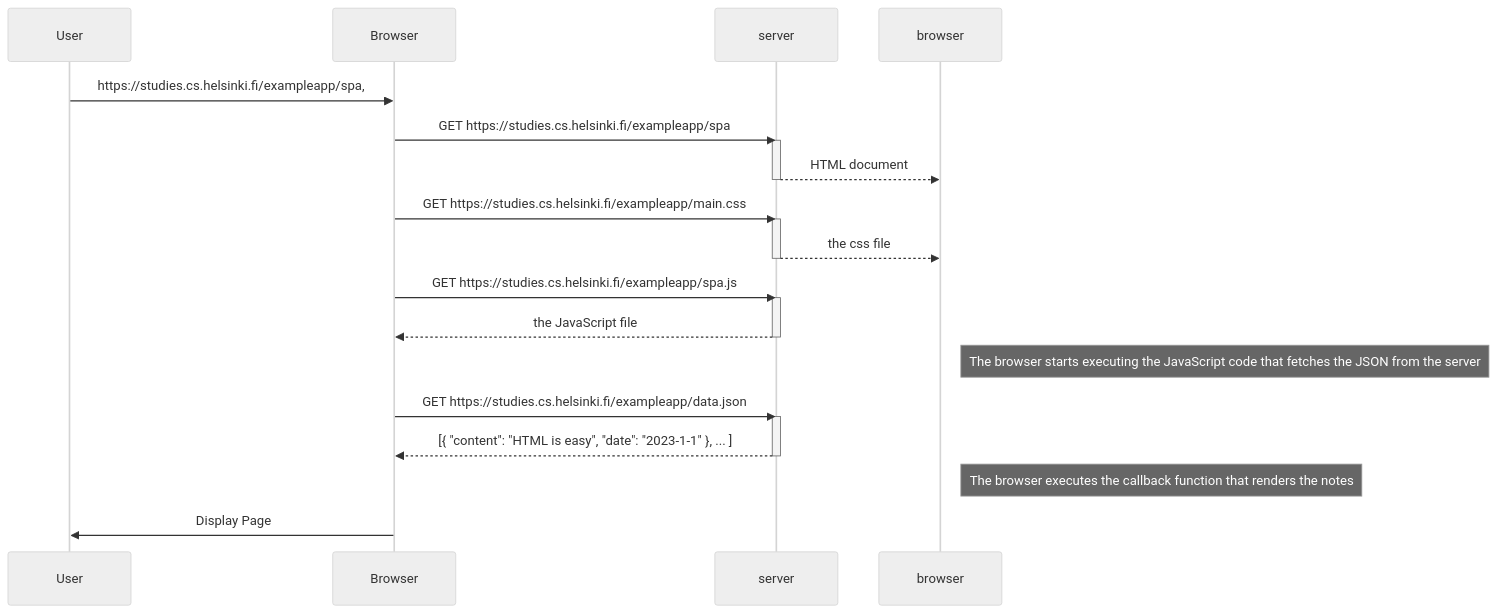
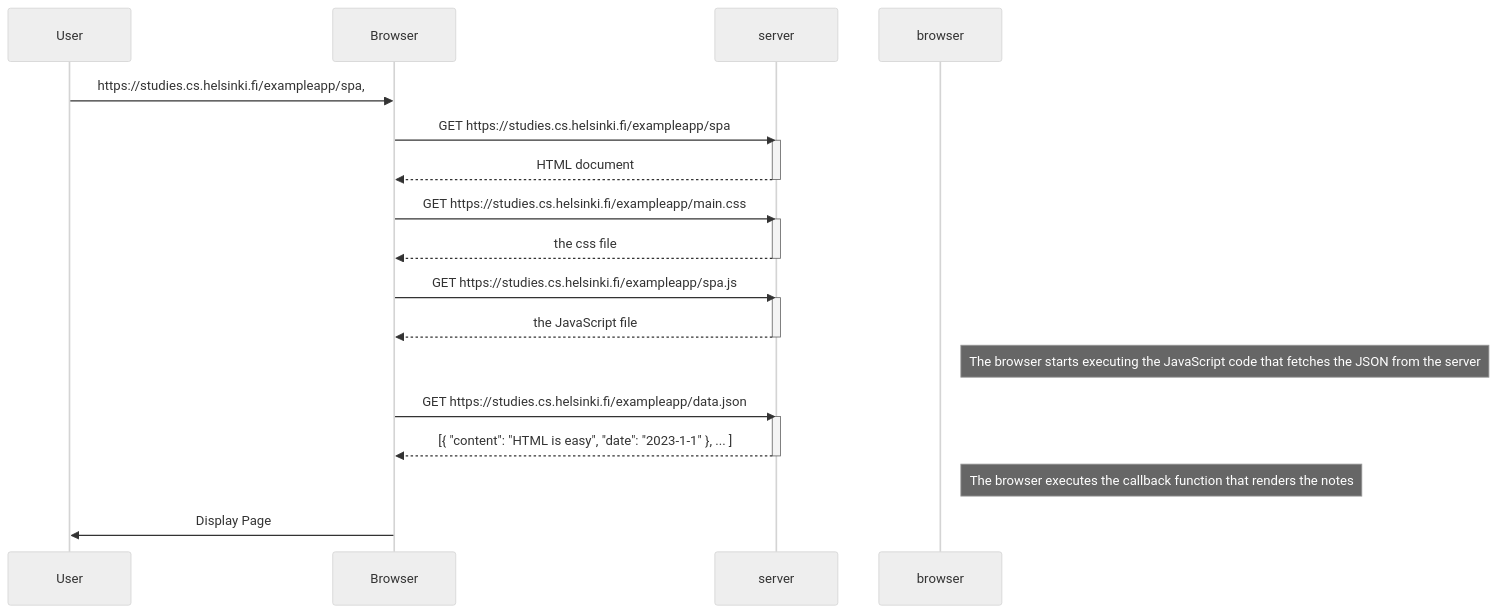
The diagram in t-0-d1.md (Pranathii04/Webde), drawn with Mermaid (neutral theme) before and after one commit.

Commit message:
Correct capitalization in communication flow

````diff
--- a/t-0-d1.md
+++ b/t-0-d1.md
@@ -7,33 +7,33 @@
 ```mermaid
 sequenceDiagram
     participant User 
     participant Browser
     participant server 
     User->>Browser: https://studies.cs.helsinki.fi/exampleapp/spa,
     
     Browser->>server: GET https://studies.cs.helsinki.fi/exampleapp/spa
     activate server
-    server-->>browser: HTML document
+    server-->>Browser: HTML document
     deactivate server
     
     Browser->>server: GET https://studies.cs.helsinki.fi/exampleapp/main.css
     activate server
-    server-->>browser: the css file
+    server-->>Browser: the css file
     deactivate server
     
     Browser->>server: GET https://studies.cs.helsinki.fi/exampleapp/spa.js
     activate server
     server-->>Browser: the JavaScript file
     deactivate server
 
      Note right of browser: The browser starts executing the JavaScript code that fetches the JSON from the server
      
     Browser->>server: GET https://studies.cs.helsinki.fi/exampleapp/data.json
     activate server
     server-->>Browser: [{ "content": "HTML is easy", "date": "2023-1-1" }, ... ]
     deactivate server    
 
     Note right of browser: The browser executes the callback function that renders the notes 
     
     Browser->>User: Display Page
 ```
````
